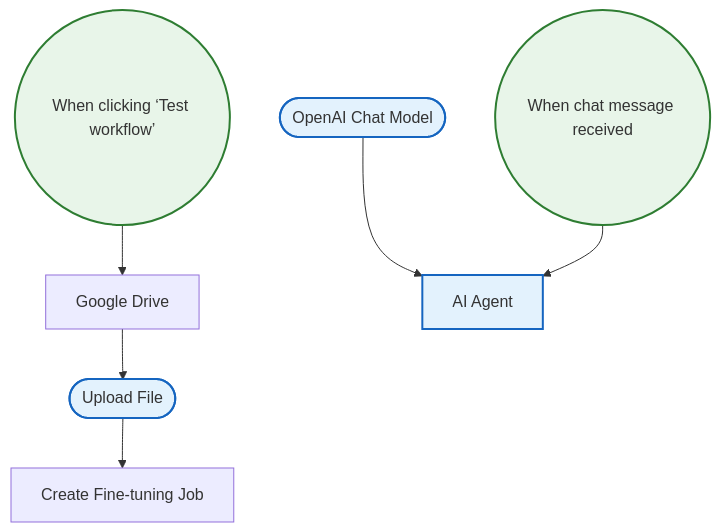
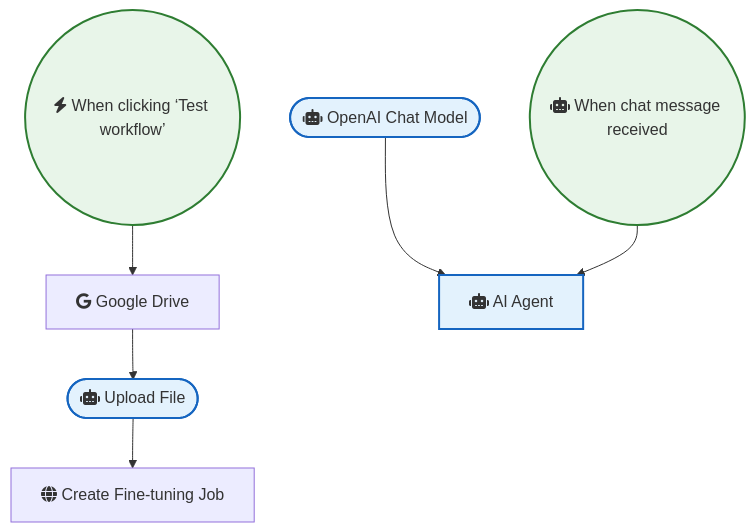
Before and after one commit to sreyash3105/N8N-DEMO-AUTOMATIONS: the diagram in Google_Drive_and_Google_Sheets/Fine-tuning with Openai Models.md, drawn with Mermaid. The commit also changed 291 other files, not shown here.

````diff
--- a/Google_Drive_and_Google_Sheets/Fine-tuning with Openai Models.md
+++ b/Google_Drive_and_Google_Sheets/Fine-tuning with Openai Models.md
@@ -1,20 +1,20 @@
 ```mermaid
 graph TD
     classDef trigger fill:#e8f5e9,stroke:#2e7d32,stroke-width:2px;
     classDef ai fill:#e3f2fd,stroke:#1565c0,stroke-width:2px;
     classDef logic fill:#fff3e0,stroke:#ef6c00,stroke-width:2px;
 
-    When_clicking__Test_workflow_(("When clicking ‘Test workflow’")):::trigger
-    Google_Drive["Google Drive"]
-    AI_Agent["AI Agent"]:::ai
-    When_chat_message_received(("When chat message received")):::trigger
-    OpenAI_Chat_Model(["OpenAI Chat Model"]):::ai
-    Upload_File(["Upload File"]):::ai
-    Create_Fine_tuning_Job["Create Fine-tuning Job"]
+    When_clicking__Test_workflow_(("fas:fa-bolt When clicking ‘Test workflow’")):::trigger
+    Google_Drive["fab:fa-google Google Drive"]
+    AI_Agent["fas:fa-robot AI Agent"]:::ai
+    When_chat_message_received(("fas:fa-robot When chat message received")):::trigger
+    OpenAI_Chat_Model(["fas:fa-robot OpenAI Chat Model"]):::ai
+    Upload_File(["fas:fa-robot Upload File"]):::ai
+    Create_Fine_tuning_Job["fas:fa-globe Create Fine-tuning Job"]
 
     Upload_File --> Create_Fine_tuning_Job
     Google_Drive --> Upload_File
     OpenAI_Chat_Model --> AI_Agent
     When_chat_message_received --> AI_Agent
     When_clicking__Test_workflow_ --> Google_Drive
 ```
````
